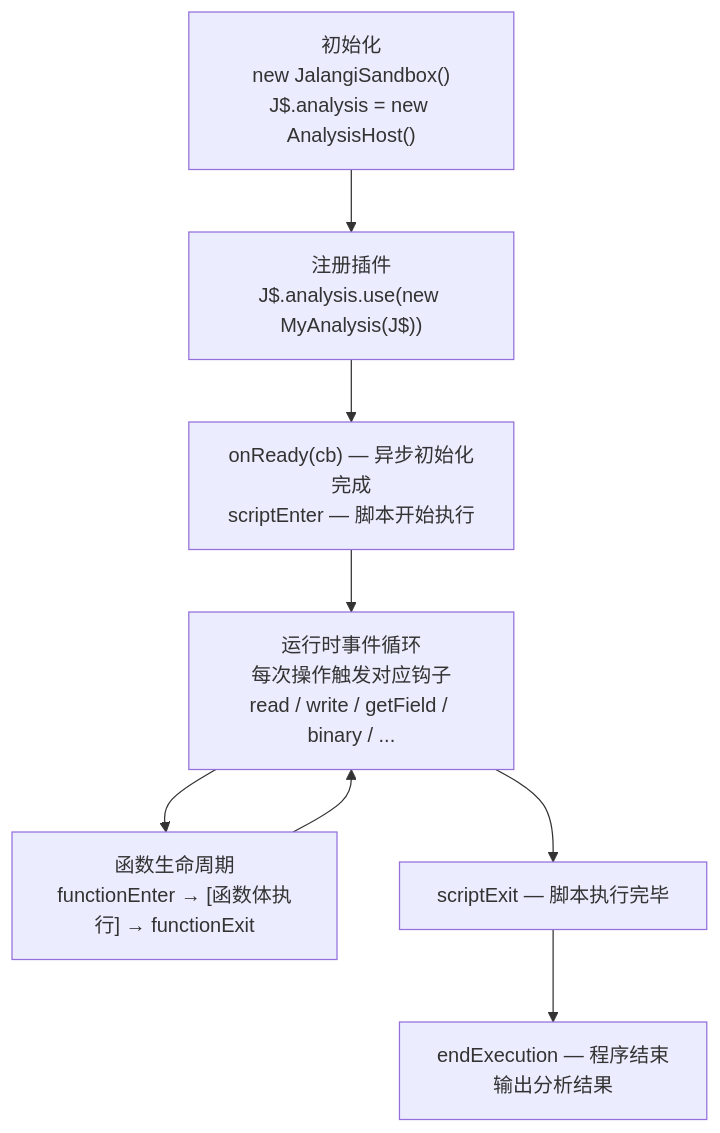
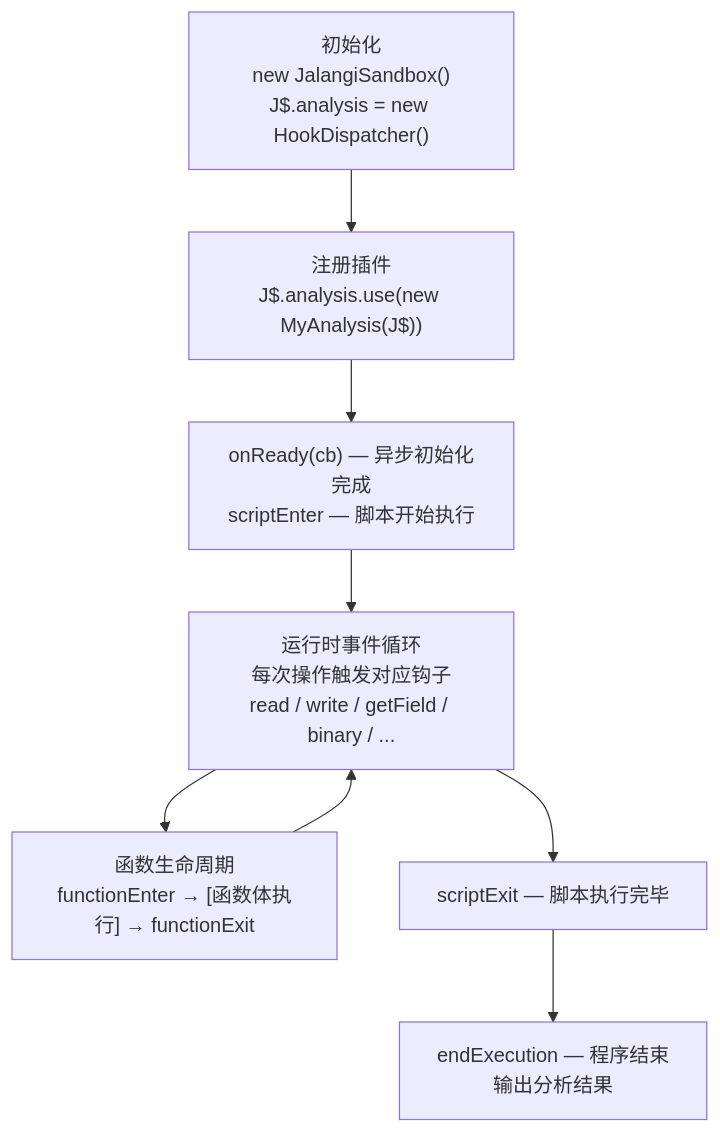
Before and after one commit to fuckreverse/Jani: the first of 2 diagrams in docs/Analysis-Development.md, drawn with Mermaid. The commit also changed other lines of this file and 13 other files, not shown here.

First line of the commit message:
refactor: 将 AnalysisHost 重命名为 HookDispatcher 并替换相关引用

````diff
--- a/docs/Analysis-Development.md
+++ b/docs/Analysis-Development.md
@@ -11,15 +11,15 @@
 ```mermaid
 flowchart TD
-    INIT["初始化\nnew JalangiSandbox()\nJ$.analysis = new AnalysisHost()"]
+    INIT["初始化\nnew JalangiSandbox()\nJ$.analysis = new HookDispatcher()"]
     REG["注册插件\nJ$.analysis.use(new MyAnalysis(J$))"]
     SE["onReady(cb) — 异步初始化完成\nscriptEnter — 脚本开始执行"]
     HOOKS["运行时事件循环\n每次操作触发对应钩子\nread / write / getField / binary / ..."]
     FN_LIFE["函数生命周期\nfunctionEnter → [函数体执行] → functionExit"]
     SR["scriptExit — 脚本执行完毕"]
     END["endExecution — 程序结束\n输出分析结果"]
 
     INIT --> REG --> SE --> HOOKS
     HOOKS --> FN_LIFE
     FN_LIFE --> HOOKS
     HOOKS --> SR --> END
 ```
````
